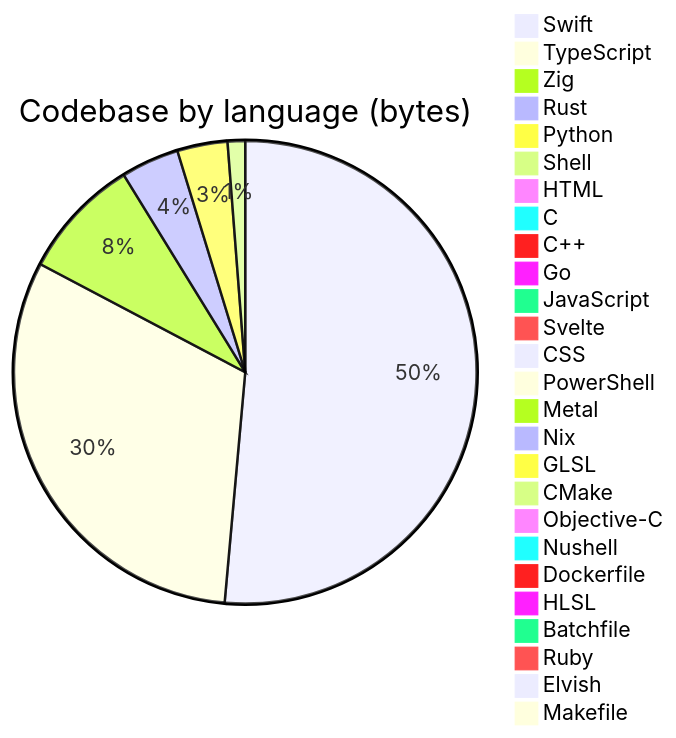
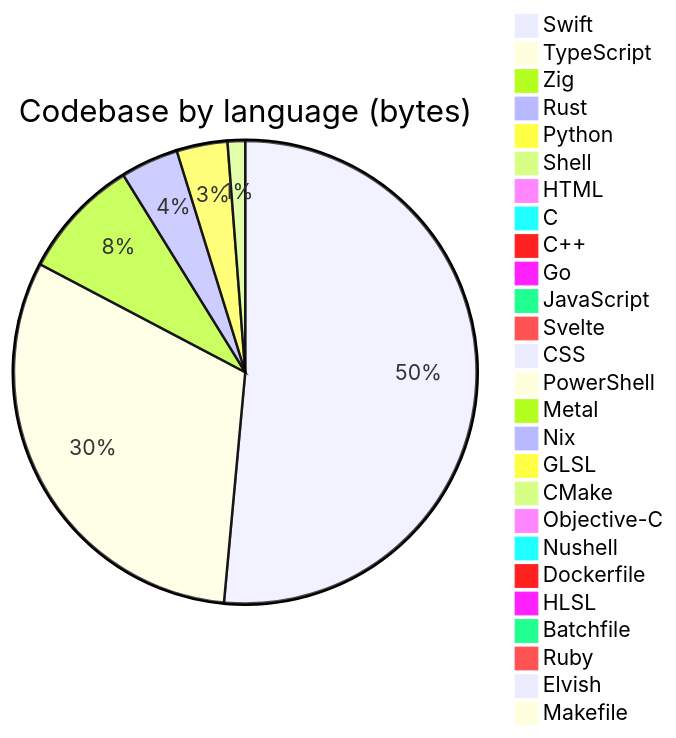
One commit to Open330/.github changed the diagram in profile/README.md. Above: the diagram before and after it, drawn with Mermaid. The commit also changed other lines of this file, not shown here.

````diff
--- a/profile/README.md
+++ b/profile/README.md
@@ -144,29 +144,29 @@
 ```mermaid
 pie title Codebase by language (bytes)
-    "Swift" : 61610442
+    "Swift" : 61786822
     "TypeScript" : 37509227
     "Zig" : 10170181
     "Rust" : 4852399
-    "Python" : 4206223
-    "Shell" : 1466197
+    "Python" : 4257943
+    "Shell" : 1472753
     "HTML" : 947008
     "C" : 733012
     "C++" : 728032
     "Go" : 572897
     "JavaScript" : 514855
     "Svelte" : 275766
     "CSS" : 258439
     "PowerShell" : 98390
     "Metal" : 58290
     "Nix" : 47837
     "GLSL" : 31433
     "CMake" : 16825
     "Objective-C" : 14285
     "Nushell" : 13719
     "Dockerfile" : 8884
     "HLSL" : 7527
     "Batchfile" : 5660
     "Ruby" : 4165
     "Elvish" : 4137
     "Makefile" : 2038
 ```
````
